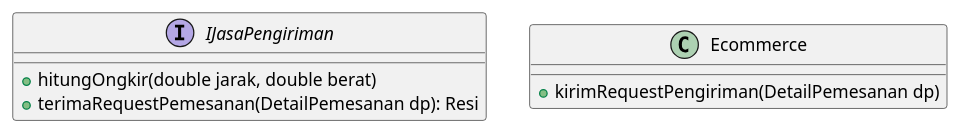
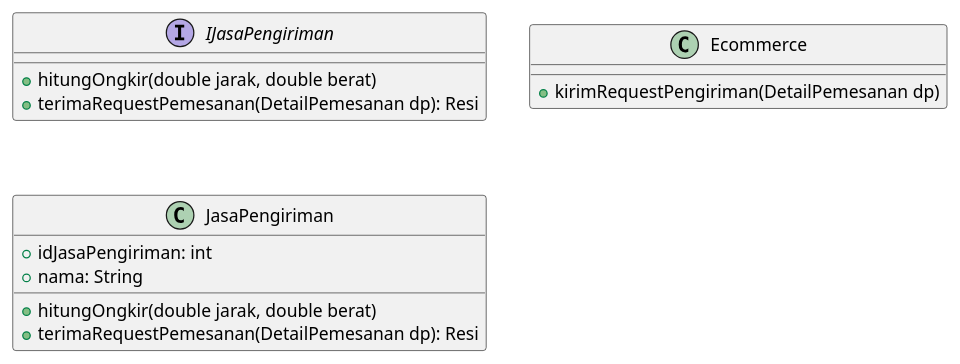
The diagram in P1_Kelompok_6_PBPU_A.puml (farhanzakiputra/pbpu-a-2022), drawn with PlantUML before and after one commit.

Commit message:
Update add class JasaPengiriman

```diff
--- a/P1_Kelompok_6_PBPU_A.puml
+++ b/P1_Kelompok_6_PBPU_A.puml
@@ -1,12 +1,19 @@
 @startuml
 
 interface IJasaPengiriman {
  +hitungOngkir(double jarak, double berat)
  +terimaRequestPemesanan(DetailPemesanan dp): Resi
 }
 
 class Ecommerce {
  +kirimRequestPengiriman(DetailPemesanan dp)
 }
 
+class JasaPengiriman {
+ +idJasaPengiriman: int
+ +nama: String
+ +hitungOngkir(double jarak, double berat)
+ +terimaRequestPemesanan(DetailPemesanan dp): Resi
+}
+
 @enduml
```
